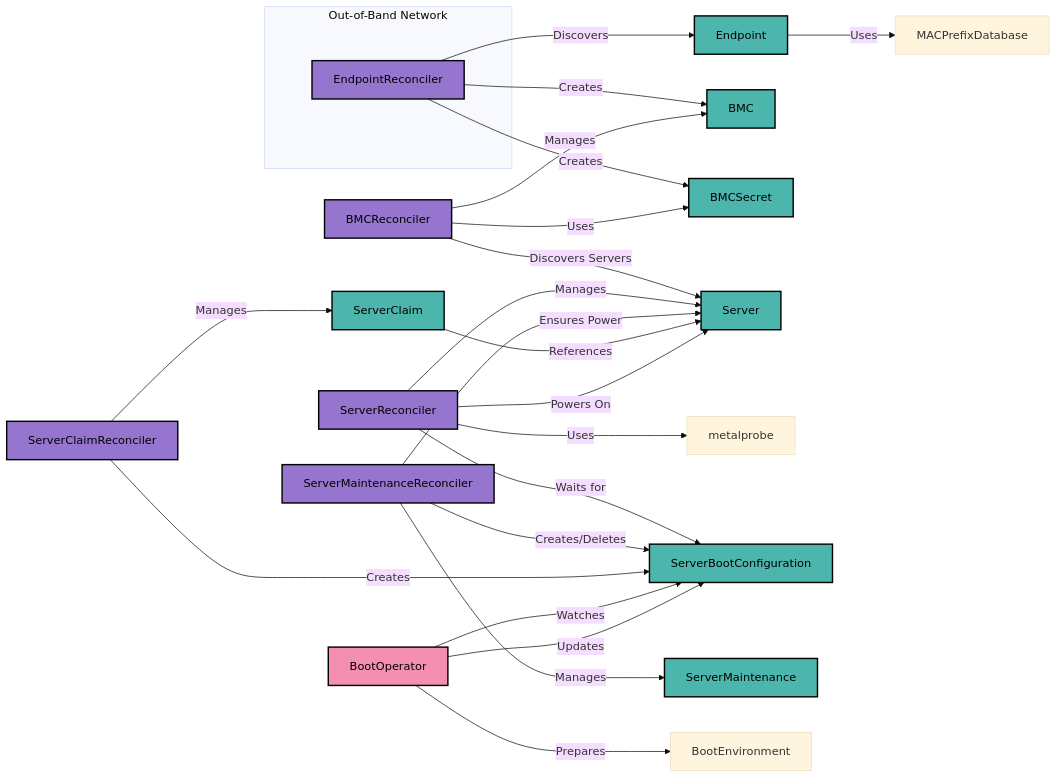
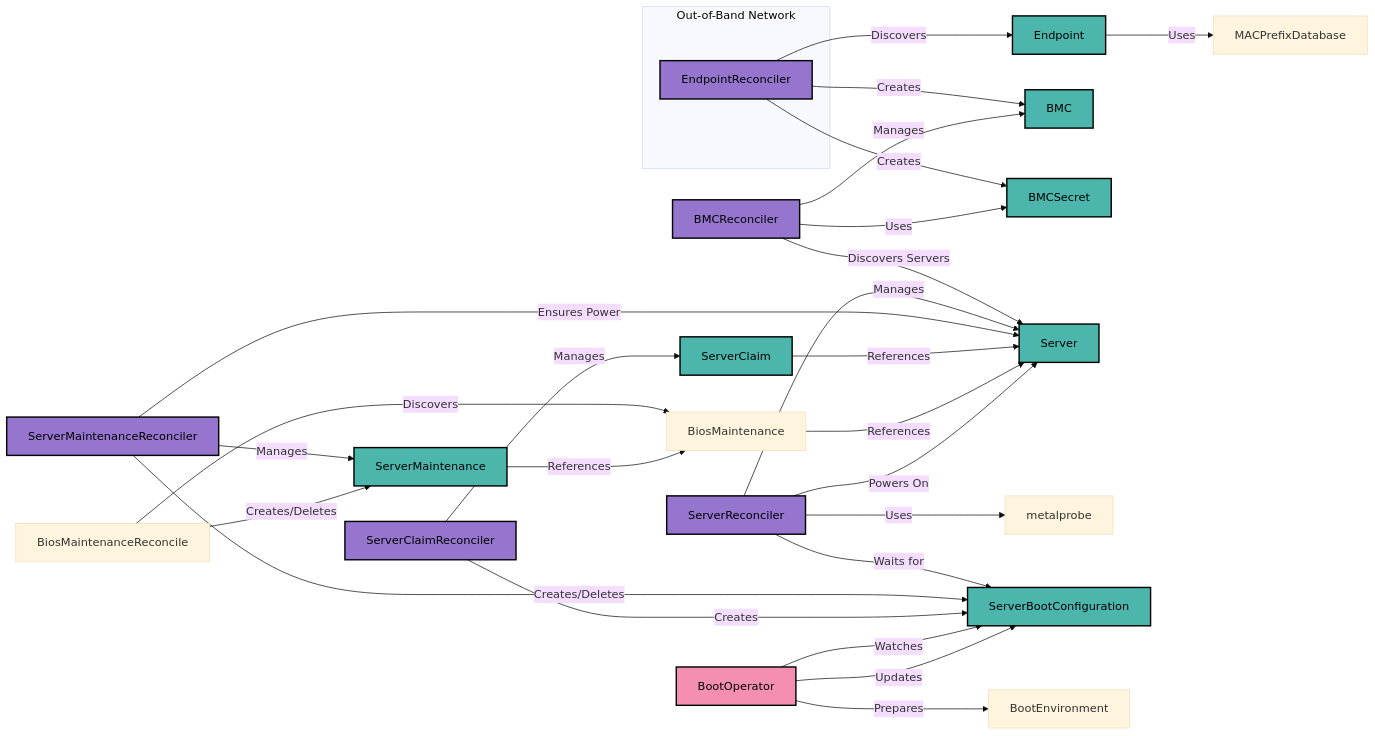
Before and after one commit to ironcore-dev/metal-operator: the diagram in docs/architecture.md, drawn with Mermaid (base theme). The commit also changed other lines of this file and 2 other files, not shown here.

Commit message:
Update docs for BiosMaintenance

````diff
--- a/docs/architecture.md
+++ b/docs/architecture.md
@@ -7,39 +7,44 @@
 ```mermaid
 flowchart LR
     subgraph Out-of-Band Network
         EndpointReconciler
     end
     EndpointReconciler -- Discovers --> Endpoint
     Endpoint -- Uses --> MACPrefixDatabase
     EndpointReconciler -- Creates --> BMC & BMCSecret
 
     BMCReconciler -- Manages --> BMC
     BMCReconciler -- Uses --> BMCSecret
     BMCReconciler -- Discovers Servers --> Server
 
     ServerReconciler -- Manages --> Server
     ServerReconciler -- Uses --> metalprobe
     ServerReconciler -- Waits for --> ServerBootConfiguration
     
     ServerMaintenanceReconciler -- Manages --> ServerMaintenance
     ServerMaintenanceReconciler -- Creates/Deletes --> ServerBootConfiguration
     ServerMaintenanceReconciler -- Ensures Power --> Server
 
     ServerClaimReconciler -- Manages --> ServerClaim
     ServerClaim -- References --> Server
     ServerClaimReconciler -- Creates --> ServerBootConfiguration
 
     BootOperator -- Watches --> ServerBootConfiguration
     BootOperator -- Prepares --> BootEnvironment
     BootOperator -- Updates --> ServerBootConfiguration
 
+    BiosMaintenanceReconcile -- Discovers --> BiosMaintenance
+    BiosMaintenanceReconcile -- Creates/Deletes --> ServerMaintenance
+    BiosMaintenance -- References --> Server
+    ServerMaintenance -- References --> BiosMaintenance
+
     ServerReconciler -- Powers On --> Server
 
     classDef operator fill:#9575cd, stroke:#000, stroke-width:2px, color:#000;
     classDef crd fill:#4db6ac, stroke:#000, stroke-width:2px, color:#000;
     classDef external fill:#f48fb1, stroke:#000, stroke-width:2px, color:#000;
 
     class EndpointReconciler,BMCReconciler,ServerReconciler,ServerClaimReconciler,ServerMaintenanceReconciler operator;
     class Endpoint,BMC,BMCSecret,Server,ServerClaim,ServerBootConfiguration,ServerMaintenance crd;
     class BootOperator external;
 ```
````
